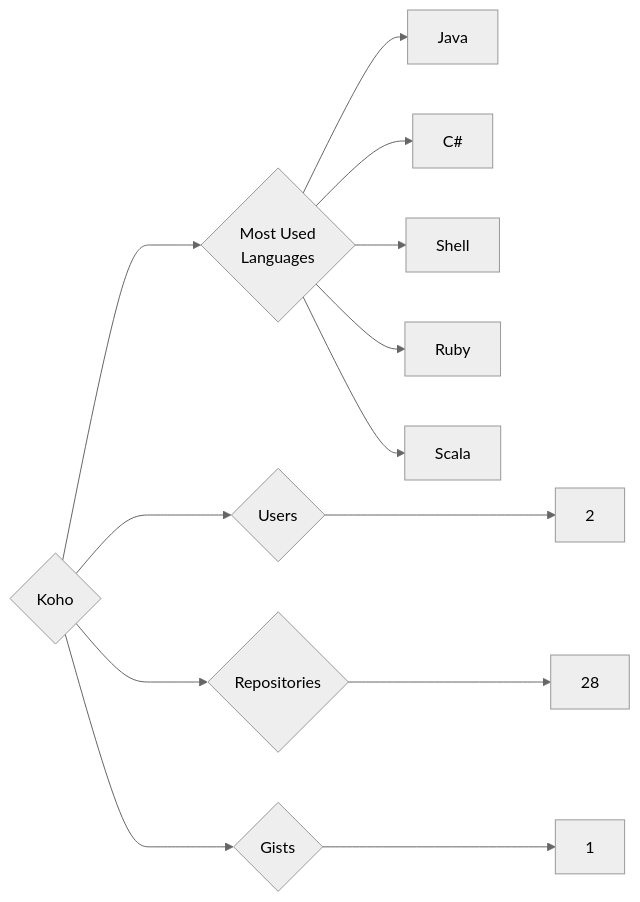
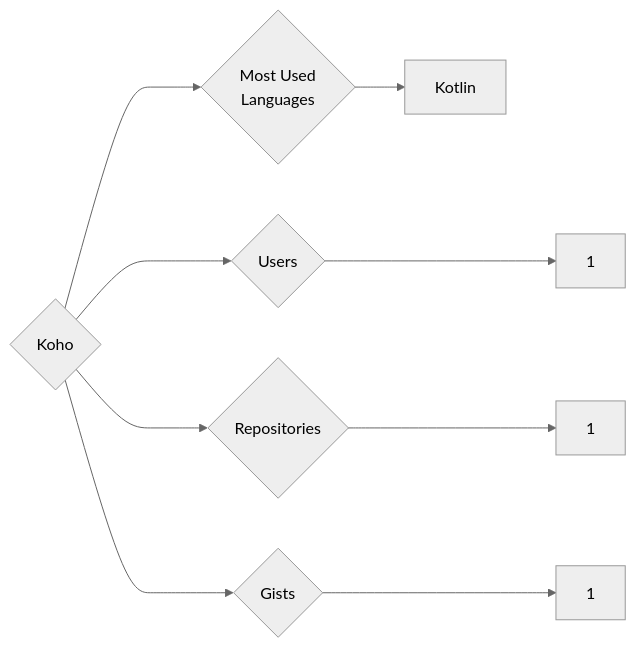
One commit to trickest/insiders changed the diagram in targets/Koho/README.md. Above: the diagram before and after it, drawn with Mermaid (neutral theme). The commit also changed 891 other files, not shown here.

````diff
--- a/targets/Koho/README.md
+++ b/targets/Koho/README.md
@@ -3,13 +3,9 @@
 ```mermaid
 graph LR
 COMPANY_NAME{Koho}
-COMPANY_NAME ---> U{Users} ---> UN[2]
-COMPANY_NAME ---> R{Repositories} ---> RN[28]
+COMPANY_NAME ---> U{Users} ---> UN[1]
+COMPANY_NAME ---> R{Repositories} ---> RN[1]
 COMPANY_NAME ---> G{Gists} ---> GN[1]
 COMPANY_NAME ---> ML{Most Used<br>Languages}
-ML --> Java[Java]
-ML --> C#[C#]
-ML --> Shell[Shell]
-ML --> Ruby[Ruby]
-ML --> Scala[Scala]
+ML --> Kotlin[Kotlin]
 ```
````
